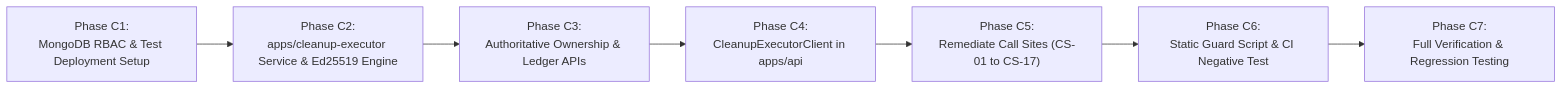
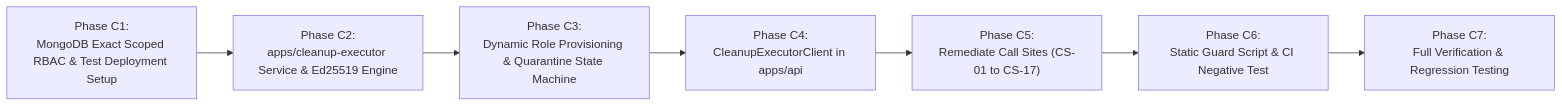
One commit to AmiTtiwari43/Decision-OS changed the fourth of 4 diagrams in BATCH_4_V38_ARCHITECTURE_DECISION.md. Above: the diagram before and after it, drawn with Mermaid. The commit also changed other lines of this file, not shown here.

````diff
--- a/BATCH_4_V38_ARCHITECTURE_DECISION.md
+++ b/BATCH_4_V38_ARCHITECTURE_DECISION.md
@@ -784,9 +864,9 @@
 ```mermaid
 flowchart LR
-    PhaseC1["Phase C1:\nMongoDB RBAC & Test Deployment Setup"] --> PhaseC2["Phase C2:\napps/cleanup-executor Service & Ed25519 Engine"]
-    PhaseC2 --> PhaseC3["Phase C3:\nAuthoritative Ownership & Ledger APIs"]
+    PhaseC1["Phase C1:\nMongoDB Exact Scoped RBAC & Test Deployment Setup"] --> PhaseC2["Phase C2:\napps/cleanup-executor Service & Ed25519 Engine"]
+    PhaseC2 --> PhaseC3["Phase C3:\nDynamic Role Provisioning & Quarantine State Machine"]
     PhaseC3 --> PhaseC4["Phase C4:\nCleanupExecutorClient in apps/api"]
     PhaseC4 --> PhaseC5["Phase C5:\nRemediate Call Sites (CS-01 to CS-17)"]
     PhaseC5 --> PhaseC6["Phase C6:\nStatic Guard Script & CI Negative Test"]
     PhaseC6 --> PhaseC7["Phase C7:\nFull Verification & Regression Testing"]
 ```
````
